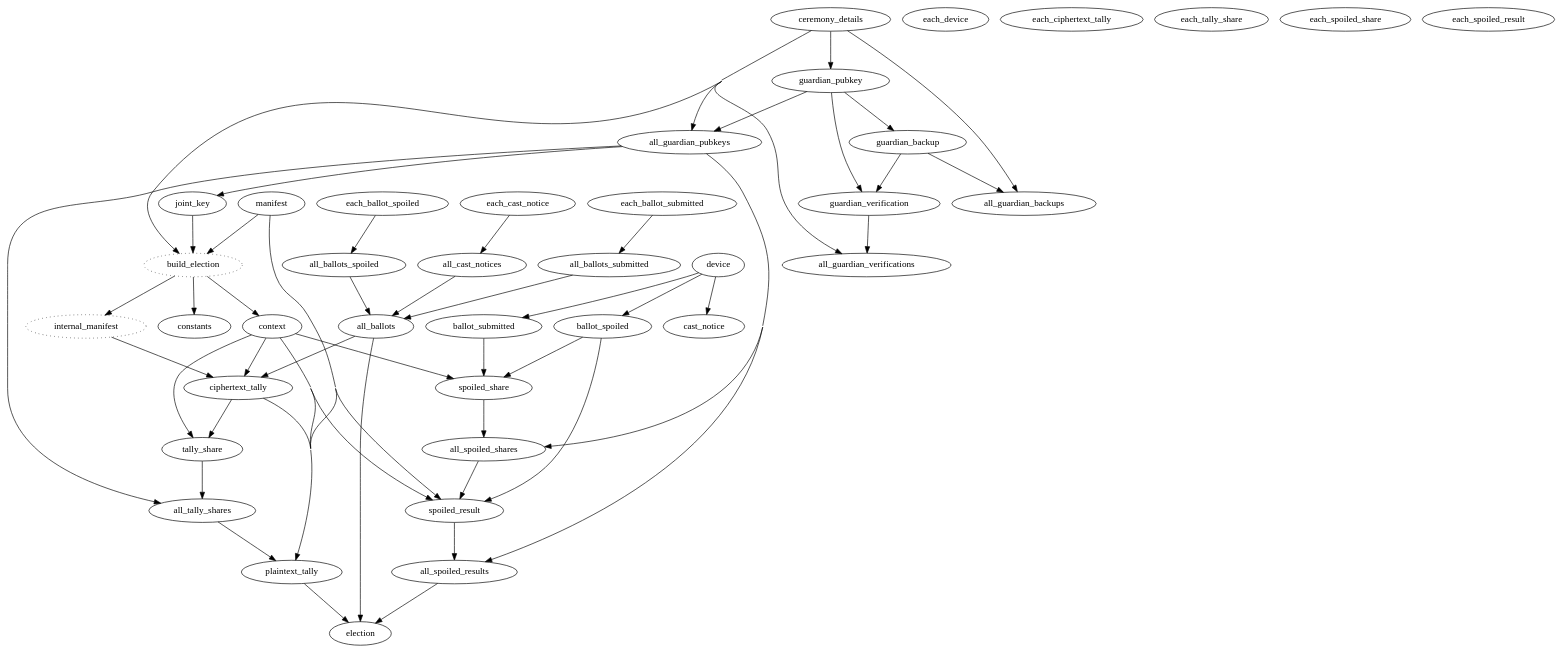
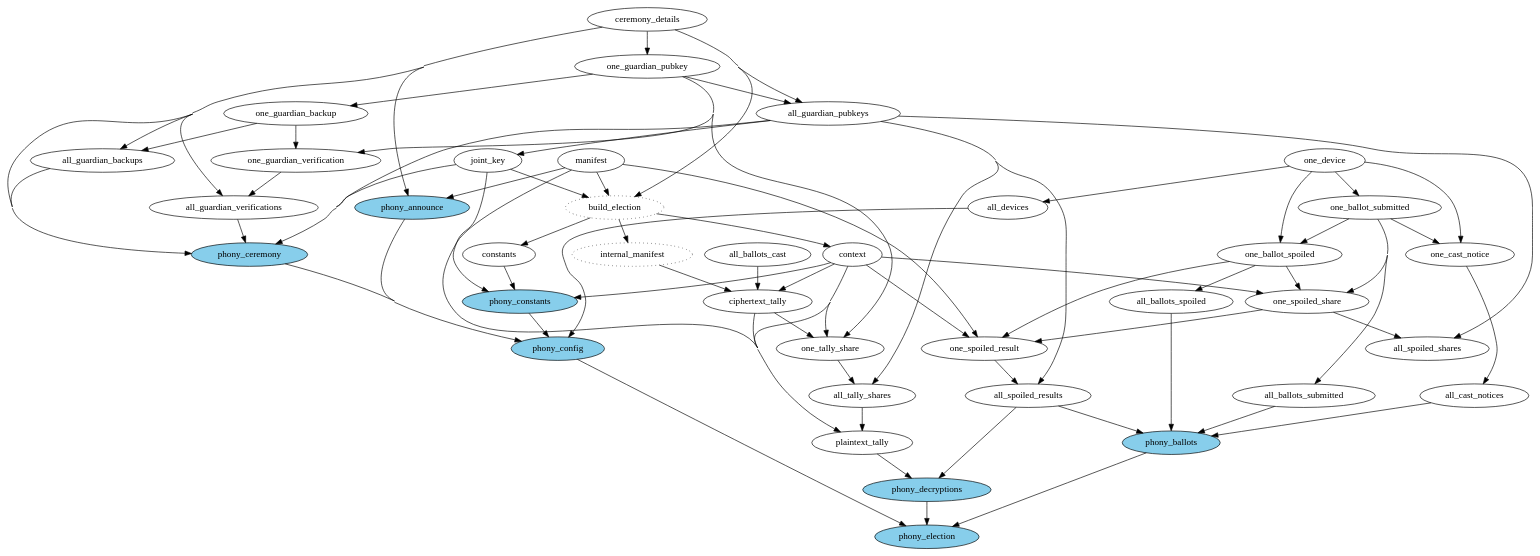
Before and after one commit to jefdaj/electionguard-cardano: the diagram in milestone1/verifier/scripts/verifier_deps.dot, drawn with Graphviz. The commit also changed 4 other files, not shown here.

```diff
--- a/milestone1/verifier/scripts/verifier_deps.dot
+++ b/milestone1/verifier/scripts/verifier_deps.dot
@@ -1,65 +1,80 @@
 digraph verifier_deps {
   concentrate=true
-  ranksep=0.8
 
   # nodes from PUBLIC_RECORDS keys
   manifest
   ceremony_details
-  guardian_pubkey
-  guardian_backup # TODO remove? not sure whether these are considered public
-  guardian_verification
+  one_guardian_pubkey
+  one_guardian_backup # TODO remove? not sure whether these are considered public
+  one_guardian_verification
   joint_key
   constants
   context
-  each_device
-  each_ballot_submitted
-  each_cast_notice
-  each_ballot_spoiled
-  each_ciphertext_tally
-  each_tally_share
-  each_spoiled_share
+  one_device
+  one_ballot_submitted
+  one_cast_notice
+  one_ballot_spoiled
+  ciphertext_tally
+  one_tally_share
+  one_spoiled_share
   plaintext_tally
-  each_spoiled_result
+  one_spoiled_result
 
   # "all" versions of things that are actually sets
-  {ceremony_details,guardian_pubkey} -> all_guardian_pubkeys
-  each_ballot_submitted -> all_ballots_submitted
-  each_ballot_spoiled -> all_ballots_spoiled
-  each_cast_notice -> all_cast_notices
-  {all_ballots_submitted,all_ballots_spoiled,all_cast_notices} -> all_ballots # TODO all_ballots_spoiled not needed here?
+  {ceremony_details,one_guardian_pubkey} -> all_guardian_pubkeys
+  one_ballot_submitted -> all_ballots_submitted
+  one_ballot_spoiled -> all_ballots_spoiled
+  one_ballot_submitted -> one_cast_notice -> all_cast_notices
 
-  # TODO fix these
-  {all_guardian_pubkeys, spoiled_share} -> all_spoiled_shares
-  {all_guardian_pubkeys, spoiled_result} -> all_spoiled_results
-  {all_guardian_pubkeys, tally_share} -> all_tally_shares
+  one_ballot_submitted -> {one_spoiled_share,one_ballot_spoiled} -> one_spoiled_result
+  one_guardian_pubkey -> one_tally_share
+  {all_guardian_pubkeys, one_spoiled_share} -> all_spoiled_shares
+  {all_guardian_pubkeys, one_spoiled_result} -> all_spoiled_results
+  {all_guardian_pubkeys, one_tally_share} -> all_tally_shares
 
   # misc other nodes added manually
   build_election [style=dotted]    # not really a dep, but makes it cleaner # TODO remove?
   internal_manifest [style=dotted] # not serializable; have to build_election each time
-  election
 
   # dependenencies from guardian.py
-  ceremony_details -> guardian_pubkey -> guardian_backup
-  {ceremony_details,guardian_backup} -> all_guardian_backups
-  {guardian_pubkey,guardian_backup} -> guardian_verification # TODO remove? it really depends on the *cardano* wallet key right?
-  {ceremony_details,guardian_verification} -> all_guardian_verifications
+  ceremony_details -> one_guardian_pubkey -> one_guardian_backup
+
+  # TODO these should depend on the guardian pubkeys, not just the ceremony details,
+  #      because they should be checking that those guardians signed them
+  {ceremony_details,one_guardian_backup} -> all_guardian_backups
+  {ceremony_details,one_guardian_verification} -> all_guardian_verifications
+
+  {one_guardian_pubkey,one_guardian_backup} -> one_guardian_verification # TODO remove? it really depends on the *cardano* wallet key right?
   all_guardian_pubkeys -> joint_key
-  {ciphertext_tally,context} -> tally_share
-  {context,ballot_submitted,ballot_spoiled} -> spoiled_share
+  {ciphertext_tally,context} -> one_tally_share
+  {context,one_ballot_submitted,one_ballot_spoiled} -> one_spoiled_share
   
 
   # dependencies from device.py
-  device -> {ballot_submitted,ballot_spoiled,cast_notice}
+  one_device -> {one_ballot_submitted,one_ballot_spoiled,one_cast_notice}
+  one_device -> all_devices
 
   # dependenencies from admin.py
   {manifest,ceremony_details,joint_key} -> build_election -> {constants,internal_manifest,context}
-  {internal_manifest,context,all_ballots} -> ciphertext_tally
+  {internal_manifest,context,all_ballots_cast} -> ciphertext_tally
   {manifest,context,all_tally_shares,ciphertext_tally} -> plaintext_tally
-  {manifest,context,all_spoiled_shares,ballot_spoiled} -> spoiled_result
+  {manifest,context,one_spoiled_share,one_ballot_spoiled} -> one_spoiled_result
 
   # overall election cerfification/verification
   # TODO is this how people will see it? or will they only require the plaintext_tally?
   # (either way, this is the way to get the code working first)
-  {all_ballots,all_spoiled_results,plaintext_tally} -> election
-  election
+
+  # backbone of "phony" nodes (in the Makefile sense) to make verification
+  # proceed in a nice linear way. this way we can have our dependency graph but
+  # still show human-readable output. note that the summary/verification step
+  # is missing because it's done at the end
+  node [style=filled, fillcolor=skyblue]
+  {manifest,ceremony_details} -> phony_announce
+  {ceremony_details,all_guardian_pubkeys,all_guardian_backups,all_guardian_verifications,joint_key} -> phony_ceremony
+  {joint_key,context,constants} -> phony_constants
+  {phony_announce,phony_ceremony,phony_constants,all_devices} -> phony_config
+  {all_ballots_submitted,all_ballots_spoiled,all_cast_notices,all_spoiled_results} -> phony_ballots
+  {plaintext_tally,all_spoiled_results} -> phony_decryptions
+  {phony_config,phony_ballots,phony_decryptions} -> phony_election
+  phony_election
 }
```
